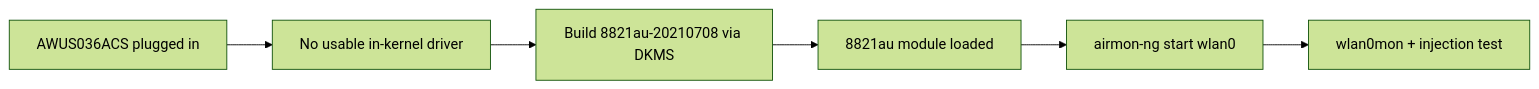
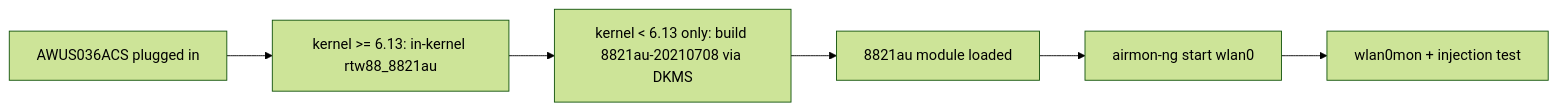
Before and after one commit to yopitek/yupitek-wiki: the diagram in i18n/zh-TW/docusaurus-plugin-content-docs/current/01-alfa-network/drivers/rtl8811au/index.md, drawn with Mermaid (forest theme). The commit also changed other lines of this file and 108 other files, not shown here.

````diff
--- a/i18n/zh-TW/docusaurus-plugin-content-docs/current/01-alfa-network/drivers/rtl8811au/index.md
+++ b/i18n/zh-TW/docusaurus-plugin-content-docs/current/01-alfa-network/drivers/rtl8811au/index.md
@@ -20,8 +36,8 @@
 ```mermaid
 flowchart LR
-    A["AWUS036ACS plugged in"] --> B["No usable in-kernel driver"]
-    B --> C["Build 8821au-20210708 via DKMS"]
+    A["AWUS036ACS plugged in"] --> B["kernel >= 6.13: in-kernel rtw88_8821au"]
+    B --> C["kernel < 6.13 only: build 8821au-20210708 via DKMS"]
     C --> D["8821au module loaded"]
     D --> E["airmon-ng start wlan0"]
     E --> F["wlan0mon + injection test"]
 ```
````
